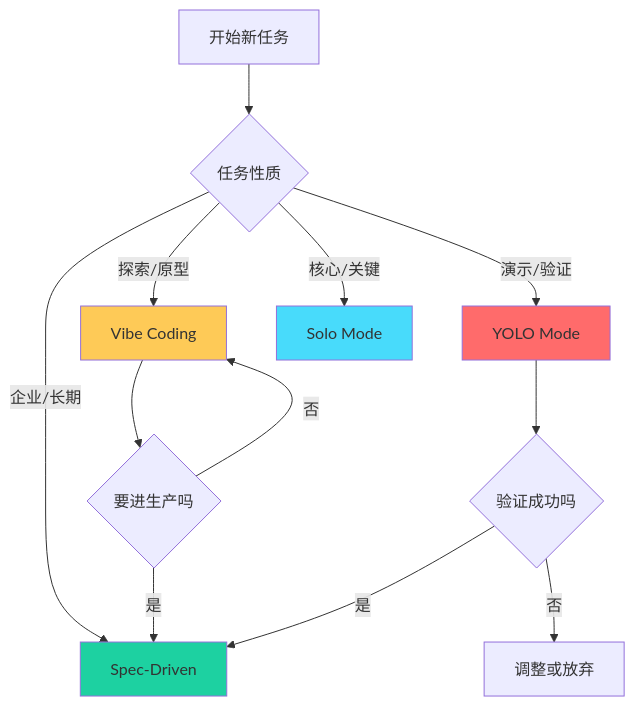
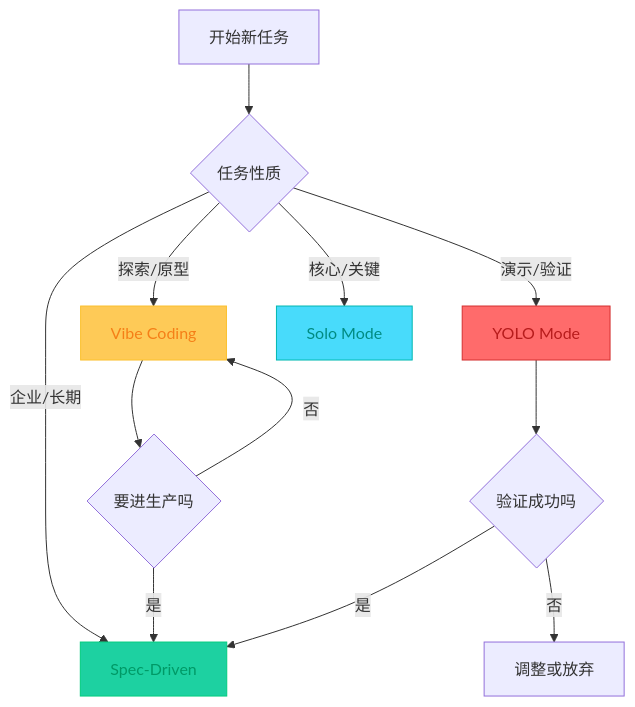
Before and after one commit to FreezeSoul/freezesoul.github.com: the ninth of 10 diagrams in _posts/2025-08-01-ai-coding-paradigms.md, drawn with Mermaid. The commit also changed other lines of this file and 9 other files, not shown here.

Commit message:
修正mermaid配色与要求

````diff
--- a/_posts/2025-08-01-ai-coding-paradigms.md
+++ b/_posts/2025-08-01-ai-coding-paradigms.md
@@ -592,21 +592,21 @@
 ```mermaid
 graph TD
     A[开始新任务] --> B{任务性质}
     B -->|探索/原型| C[Vibe Coding]
     B -->|企业/长期| D[Spec-Driven]
     B -->|演示/验证| E[YOLO Mode]
     B -->|核心/关键| F[Solo Mode]
 
     C --> G{要进生产吗}
     G -->|是| D
     G -->|否| C
 
     E --> H{验证成功吗}
     H -->|是| D
     H -->|否| I[调整或放弃]
 
-    style C fill:#feca57
-    style D fill:#1dd1a1
-    style E fill:#ff6b6b
-    style F fill:#48dbfb
+    style C fill:#feca57,stroke:#fbc02d,color:#f57f17
+    style D fill:#1dd1a1,stroke:#00cc7f,color:#009966
+    style E fill:#ff6b6b,stroke:#d32f2f,color:#b71c1c
+    style F fill:#48dbfb,stroke:#00b8b0,color:#008b82
 ```
````
